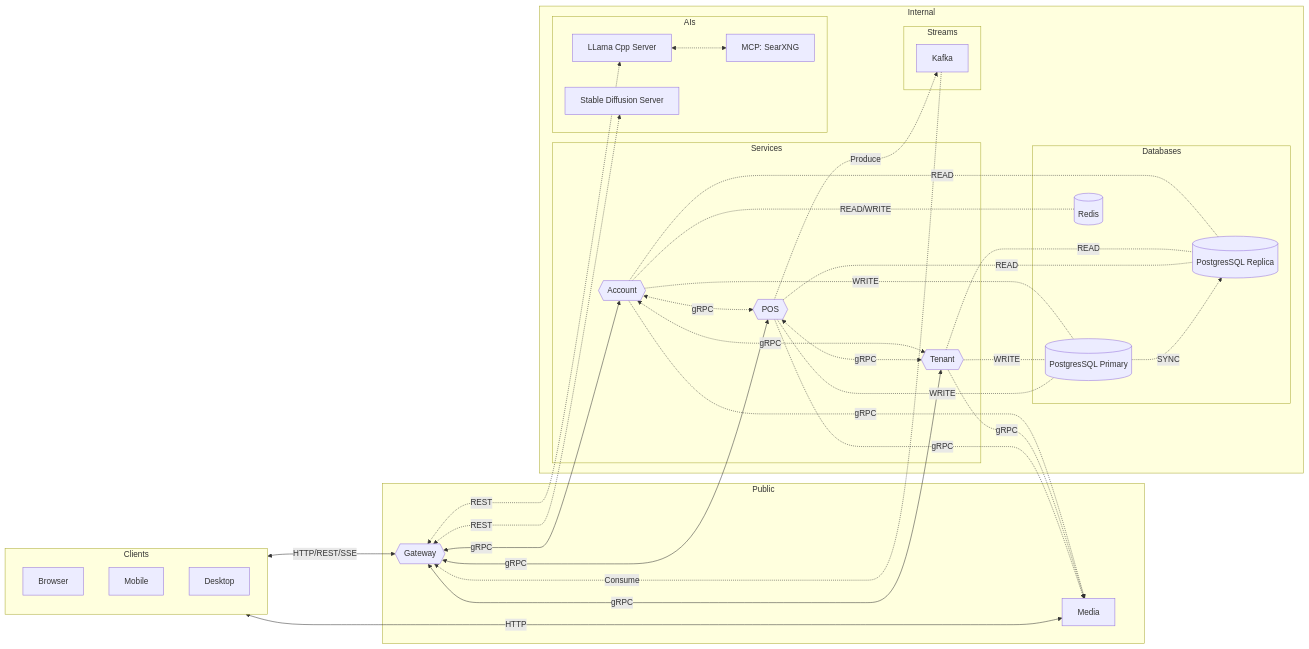
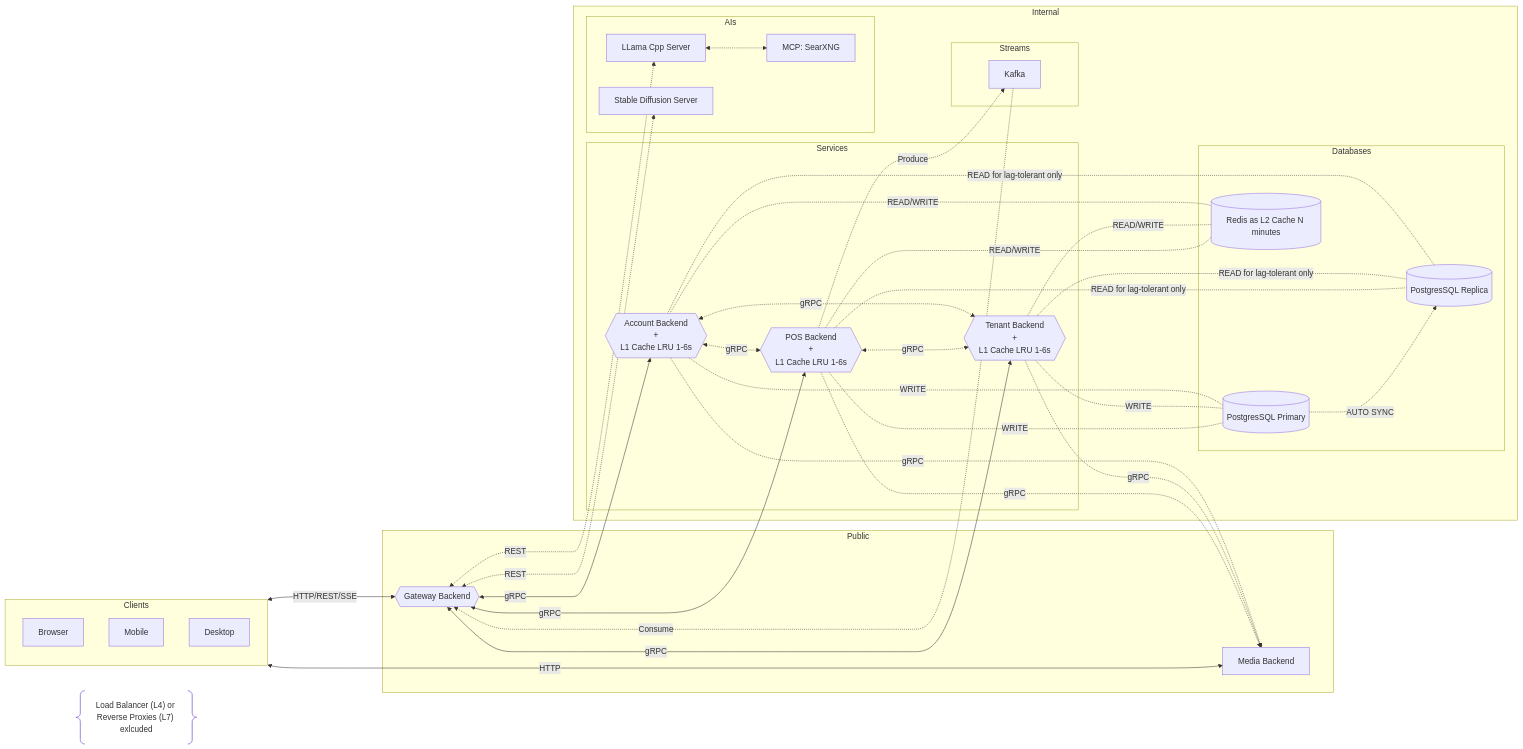
Before and after one commit to prothegee/fnbposai: the first of 2 diagrams in README.md, drawn with Mermaid. The commit also changed other lines of this file, not shown here.

````diff
--- a/README.md
+++ b/README.md
@@ -242,19 +274,27 @@
 ```mermaid
 flowchart LR
+    msg@{ shape: braces, label: "Load Balancer (L4) or Reverse Proxies (L7) exlcuded" }
+
     Browser["Browser"]
     Mobile["Mobile"]
     Desktop["Desktop"]
 
-    Gateway{{"Gateway"}}
-    Media["Media"]
+    Gateway{{"Gateway Backend"}}
+    Media["Media Backend"]
 
-    Account{{"Account"}}
-    Tenant{{"Tenant"}}
-    POS{{"POS"}}
+    Account{{"Account Backend
+        +
+        L1 Cache LRU 1-6s"}}
+    Tenant{{"Tenant Backend
+        +
+        L1 Cache LRU 1-6s"}}
+    POS{{"POS Backend
+        +
+        L1 Cache LRU 1-6s"}}
 
     PostgresPrimary[("PostgresSQL Primary")]
     PostgresReplica[("PostgresSQL Replica")]
-    Redis[("Redis")]
+    Redis[("Redis as L2 Cache N minutes")]
 
     Kafka["Kafka"]
 
@@ -316,17 +356,19 @@
     Gateway <-.-> |"REST"| LlamaCppServer
     Gateway <-.-> |"REST"| StableDiffusionServer
 
-    Account -.- |"READ"| PostgresReplica
+    Account -.- |"READ for lag-tolerant only"| PostgresReplica
     Account -.- |"WRITE"| PostgresPrimary
     Account -.- |"READ/WRITE"| Redis
     Account -.-> |"gRPC"| Media
 
-    Tenant -.- |"READ"| PostgresReplica
+    Tenant -.- |"READ for lag-tolerant only"| PostgresReplica
     Tenant -.- |"WRITE"| PostgresPrimary
+    Tenant -.- |"READ/WRITE"| Redis
     Tenant -.-> |"gRPC"| Media
 
-    POS -.- |"READ"| PostgresReplica
+    POS -.- |"READ for lag-tolerant only"| PostgresReplica
     POS -.- |"WRITE"| PostgresPrimary
+    POS -.- |"READ/WRITE"| Redis
     POS -.-> |"gRPC"| Media
 
         Account <-.-> |"gRPC"| Tenant
@@ -335,7 +377,7 @@
 
     POS -.-> |"Produce"| Kafka
 
-    PostgresPrimary -.-> |"SYNC"| PostgresReplica
+    PostgresPrimary -.-> |"AUTO SYNC"| PostgresReplica
 
     Kafka -.-> |"Consume"| Gateway
 
````
